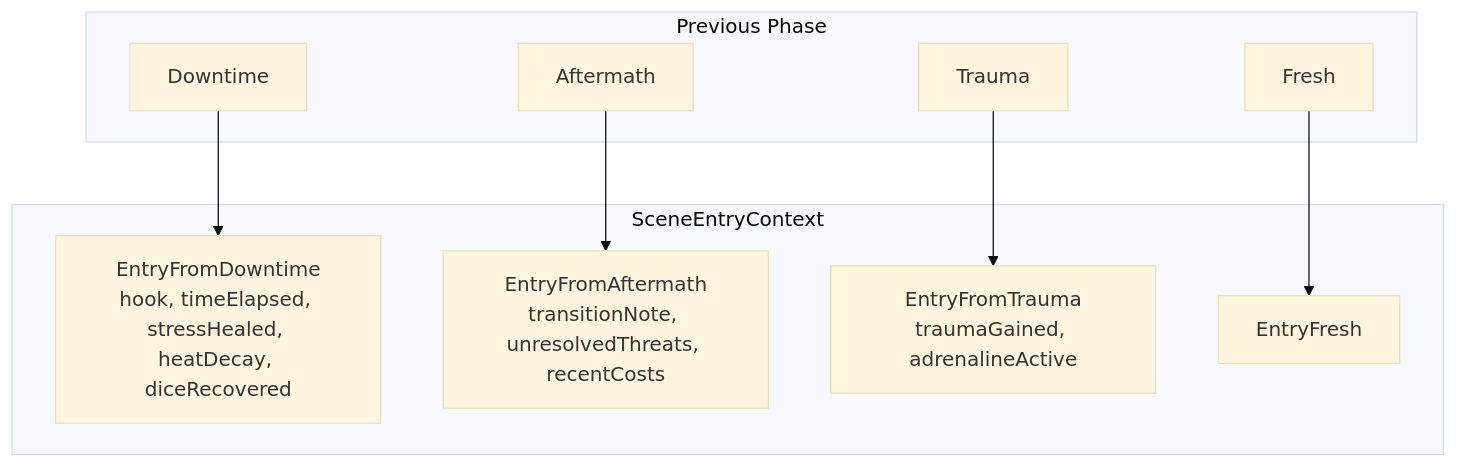
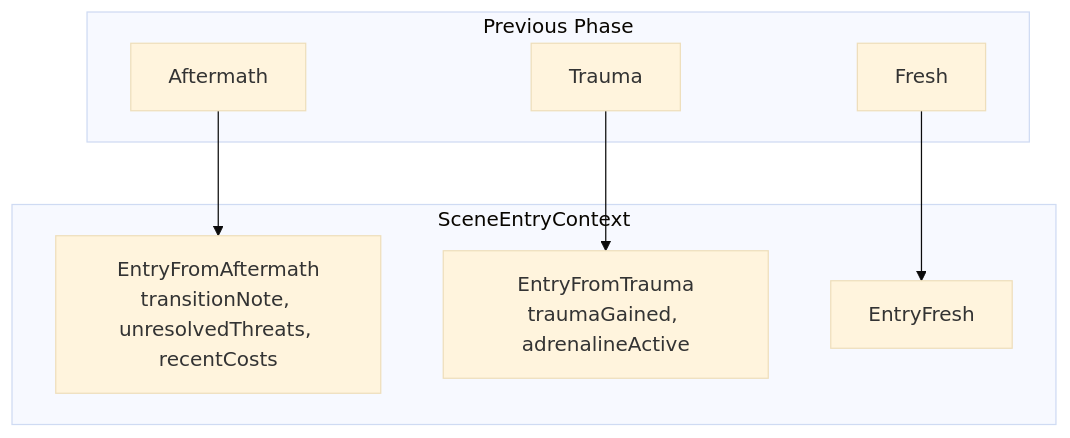
The seventh of 7 diagrams in src/DM/diagrams/context-pipeline.md (tidepool-heavy-industries/exomonad), drawn with Mermaid (base theme) before and after one commit. The commit also changed other lines of this file and 15 other files, not shown here.

First line of the commit message:
Simplify clock consequences to narrative text

````diff
--- a/src/DM/diagrams/context-pipeline.md
+++ b/src/DM/diagrams/context-pipeline.md
@@ -338,21 +337,18 @@
 ```mermaid
 flowchart TD
     subgraph Previous["Previous Phase"]
-        DOWN[Downtime]
         AFT[Aftermath]
         TRM[Trauma]
         FRESH[Fresh]
     end
 
     subgraph Entry["SceneEntryContext"]
-        EDOWN["EntryFromDowntime<br/>hook, timeElapsed, stressHealed, heatDecay, diceRecovered"]
         EAFT["EntryFromAftermath<br/>transitionNote, unresolvedThreats, recentCosts"]
         ETRM["EntryFromTrauma<br/>traumaGained, adrenalineActive"]
         EFRESH["EntryFresh"]
     end
 
-    DOWN --> EDOWN
     AFT --> EAFT
     TRM --> ETRM
     FRESH --> EFRESH
 ```
````
